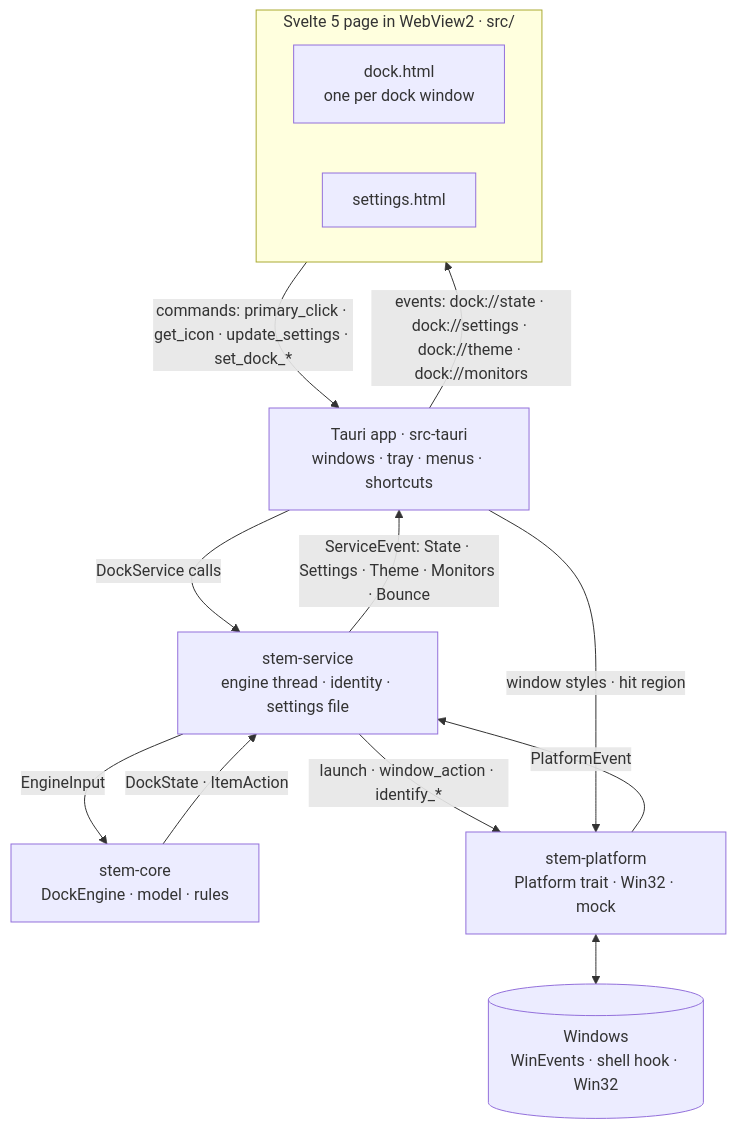
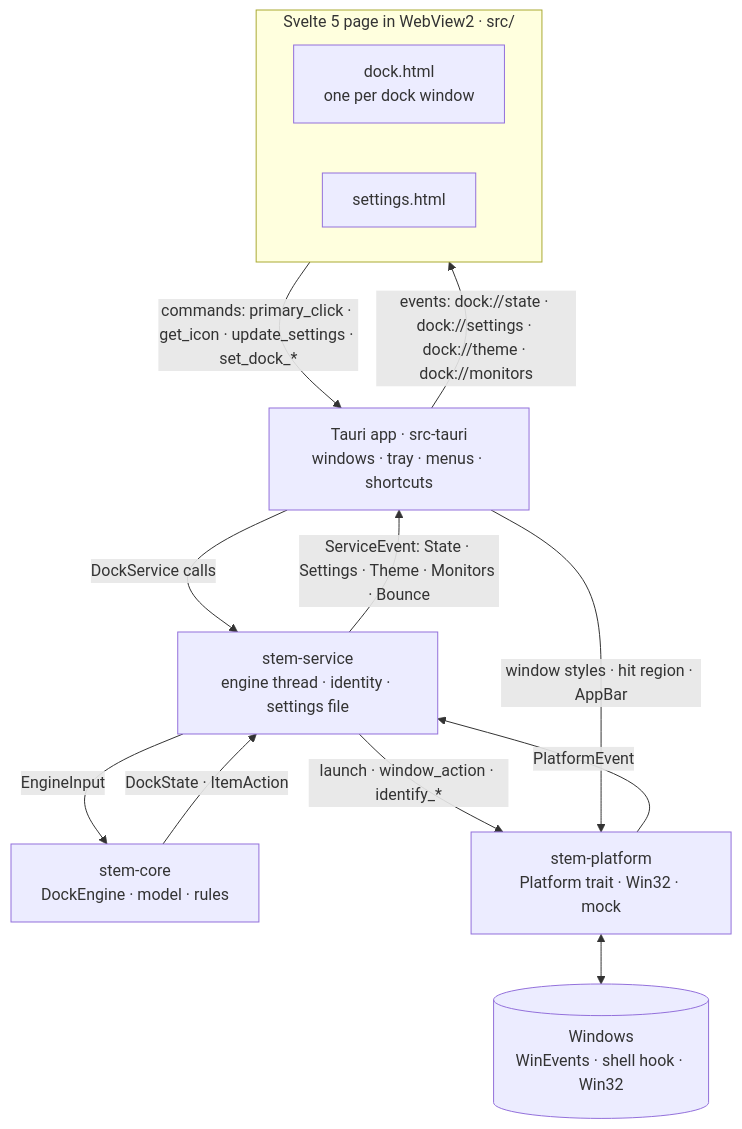
Before and after one commit to davidcristian/Cortex-Stem: the diagram in README.md, drawn with Mermaid. The commit also changed 8 other files, not shown here.

First line of the commit message:
feat(app): reserve screen space for every visible dock window

````diff
--- a/README.md
+++ b/README.md
@@ -103,23 +103,23 @@
 ```mermaid
 flowchart TB
     subgraph page["Svelte 5 page in WebView2 · src/"]
         DOCK["dock.html<br>one per dock window"]
         SET["settings.html"]
     end
     APP["Tauri app · src-tauri<br>windows · tray · menus · shortcuts"]
     SVC["stem-service<br>engine thread · identity · settings file"]
     CORE["stem-core<br>DockEngine · model · rules"]
     PLAT["stem-platform<br>Platform trait · Win32 · mock"]
     WIN[("Windows<br>WinEvents · shell hook · Win32")]
 
     page -->|"commands: primary_click · get_icon · update_settings · set_dock_*"| APP
     APP -->|"events: dock://state · dock://settings · dock://theme · dock://monitors"| page
     APP -->|"DockService calls"| SVC
     SVC -->|"ServiceEvent: State · Settings · Theme · Monitors · Bounce"| APP
     SVC -->|"EngineInput"| CORE
     CORE -->|"DockState · ItemAction"| SVC
     SVC -->|"launch · window_action · identify_*"| PLAT
     PLAT -->|"PlatformEvent"| SVC
-    APP -->|"window styles · hit region"| PLAT
+    APP -->|"window styles · hit region · AppBar"| PLAT
     PLAT <--> WIN
 ```
````
